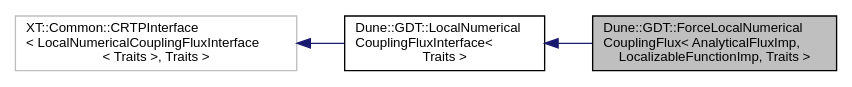
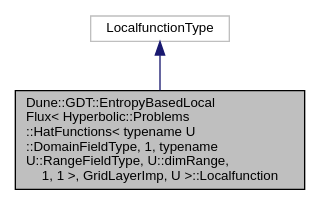
One commit to dune-community/dune-community.github.io changed the diagram in docs/dune-gdt/''/a01175.dot. Above: the diagram before and after it, drawn with Graphviz. The commit also changed 2519 other files, not shown here.

Commit message:
Updated documentation for dune-gdt ''

```diff
--- a/docs/dune-gdt/''/a01175.dot
+++ b/docs/dune-gdt/''/a01175.dot
@@ -1,11 +1,8 @@
-digraph "Dune::GDT::ForceLocalNumericalCouplingFlux&lt; AnalyticalFluxImp, LocalizableFunctionImp, Traits &gt;"
+digraph "Dune::GDT::EntropyBasedLocalFlux&lt; Hyperbolic::Problems::HatFunctions&lt; typename U::DomainFieldType, 1, typename U::RangeFieldType, U::dimRange, 1, 1 &gt;, GridLayerImp, U &gt;::Localfunction"
 {
   edge [fontname="Helvetica",fontsize="10",labelfontname="Helvetica",labelfontsize="10"];
   node [fontname="Helvetica",fontsize="10",shape=record];
-  rankdir="LR";
-  Node0 [label="Dune::GDT::ForceLocalNumerical\lCouplingFlux\< AnalyticalFluxImp,\l LocalizableFunctionImp, Traits \>",height=0.2,width=0.4,color="black", fillcolor="grey75", style="filled", fontcolor="black"];
+  Node0 [label="Dune::GDT::EntropyBasedLocal\lFlux\< Hyperbolic::Problems\l::HatFunctions\< typename U\l::DomainFieldType, 1, typename\l U::RangeFieldType, U::dimRange,\l 1, 1 \>, GridLayerImp, U \>::Localfunction",height=0.2,width=0.4,color="black", fillcolor="grey75", style="filled", fontcolor="black"];
   Node1 -> Node0 [dir="back",color="midnightblue",fontsize="10",style="solid",fontname="Helvetica"];
-  Node1 [label="Dune::GDT::LocalNumerical\lCouplingFluxInterface\<\l Traits \>",height=0.2,width=0.4,color="black", fillcolor="white", style="filled",URL="$a01216.html"];
-  Node2 -> Node1 [dir="back",color="midnightblue",fontsize="10",style="solid",fontname="Helvetica"];
-  Node2 [label="XT::Common::CRTPInterface\l\< LocalNumericalCouplingFluxInterface\l\< Traits \>, Traits \>",height=0.2,width=0.4,color="grey75", fillcolor="white", style="filled"];
+  Node1 [label="LocalfunctionType",height=0.2,width=0.4,color="grey75", fillcolor="white", style="filled"];
 }
```
